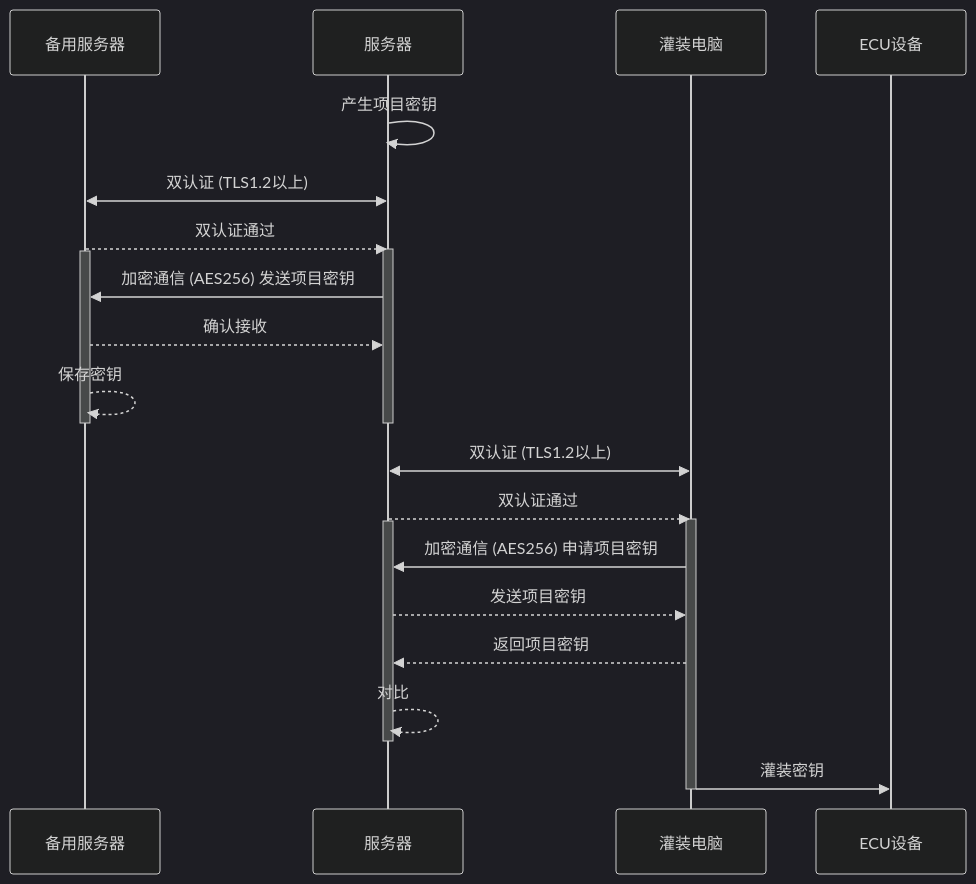
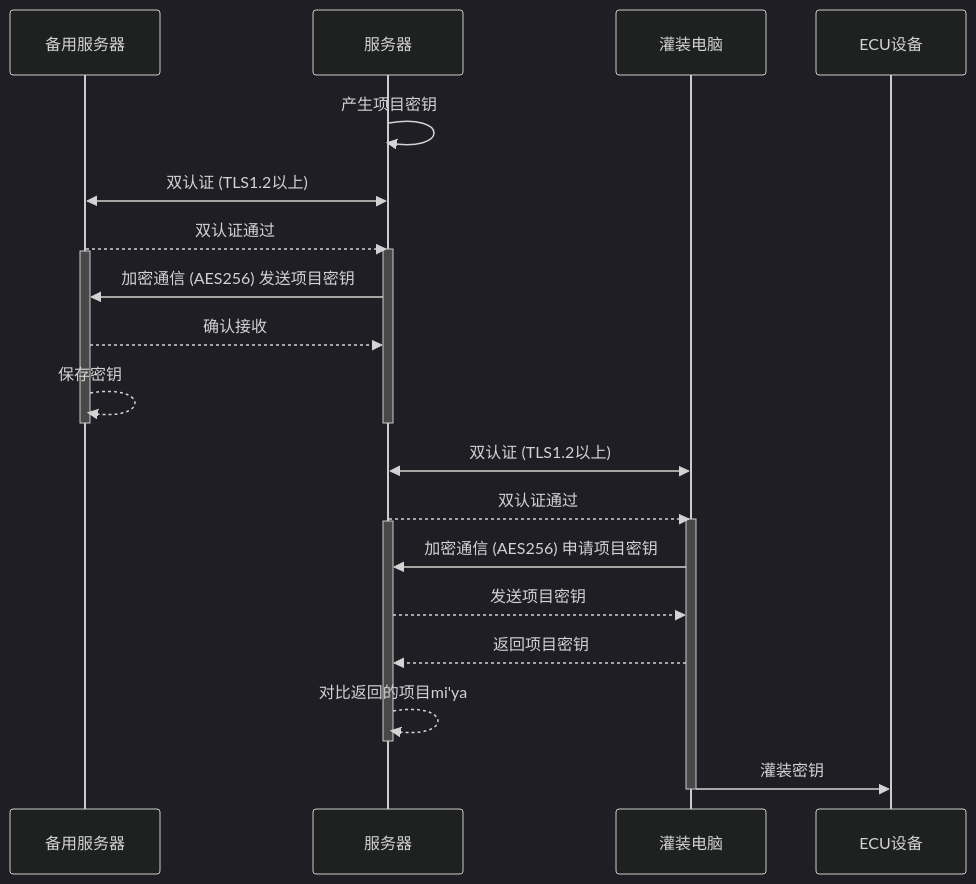
The diagram in all/未命名-10.md (facebook-cloud/iodraw-files), drawn with Mermaid (dark theme) before and after one commit.

Commit message:
2026-01-15 11:00:48 update

````diff
--- a/all/未命名-10.md
+++ b/all/未命名-10.md
@@ -1,31 +1,31 @@
 ```mermaid
 sequenceDiagram
     participant B as 备用服务器
     participant A as 服务器
     participant C as 灌装电脑
     participant D as ECU设备
 
     A->>A: 产生项目密钥
     A<<->>B: 双认证 (TLS1.2以上)
     B-->>A: 双认证通过
     activate A
     activate B
     A->>B: 加密通信 (AES256) 发送项目密钥
     B-->>A: 确认接收
     B-->>B: 保存密钥
     deactivate B
     deactivate A
 
     C<<->>A: 双认证 (TLS1.2以上)
     A-->>C: 双认证通过
     activate C
     activate A
     C->>A: 加密通信 (AES256) 申请项目密钥
     A-->>C: 发送项目密钥
     C-->>A: 返回项目密钥
-    A-->>A: 对比
+    A-->>A: 对比返回的项目mi'ya
     deactivate A
     C->>D: 灌装密钥
     deactivate C
 
 ```
````
